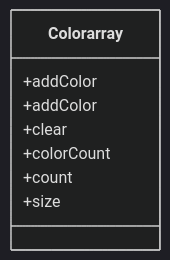
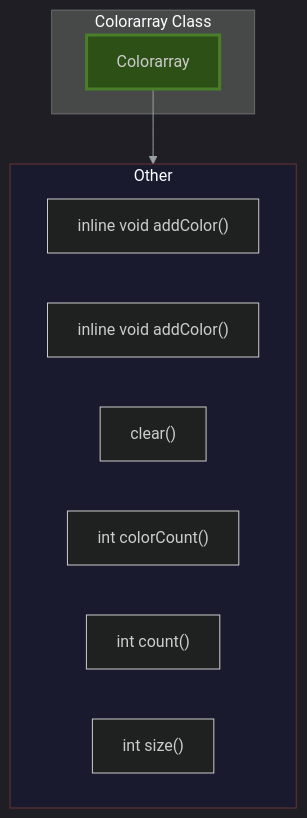
Before and after one commit to lukaszj321/otcv8-dev: the diagram in docs/authoring/01_core/api/cpp/framework/diagrams/colorarray.mmd, drawn with Mermaid. The commit also changed 189 other files, not shown here.

Commit message:
refactor: redesign all diagrams with proper structure and categorization

```diff
--- a/docs/authoring/01_core/api/cpp/framework/diagrams/colorarray.mmd
+++ b/docs/authoring/01_core/api/cpp/framework/diagrams/colorarray.mmd
@@ -1,10 +1,19 @@
 %%{init: {'theme':'dark','themeVariables': {'primaryTextColor':'#ddd','lineColor':'#9aa0a6'},'securityLevel':'loose'}}%%
-classDiagram
-    class Colorarray {
-        +addColor
-        +addColor
-        +clear
-        +colorCount
-        +count
-        +size
-    }
+graph TB
+    subgraph Class["Colorarray Class"]
+        MAIN["Colorarray"]
+    end
+    
+    subgraph Other["Other"]
+        Other_0["inline void addColor()"]
+        Other_1["inline void addColor()"]
+        Other_2["clear()"]
+        Other_3["int colorCount()"]
+        Other_4["int count()"]
+        Other_5["int size()"]
+    end
+
+    MAIN --> Other
+
+    style MAIN fill:#2d5016,stroke:#4a7f2a,stroke-width:3px
+    style Other fill:#1a1a2e,stroke:#6b3535
```
